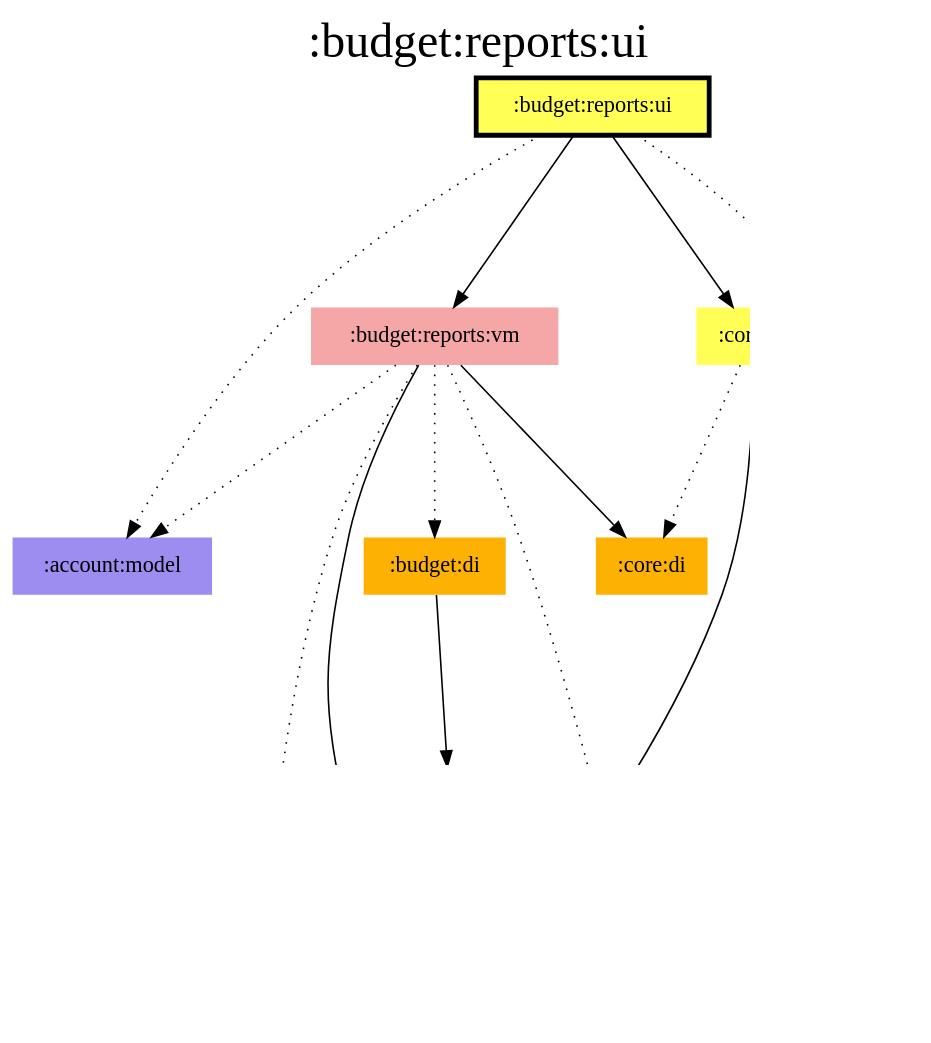
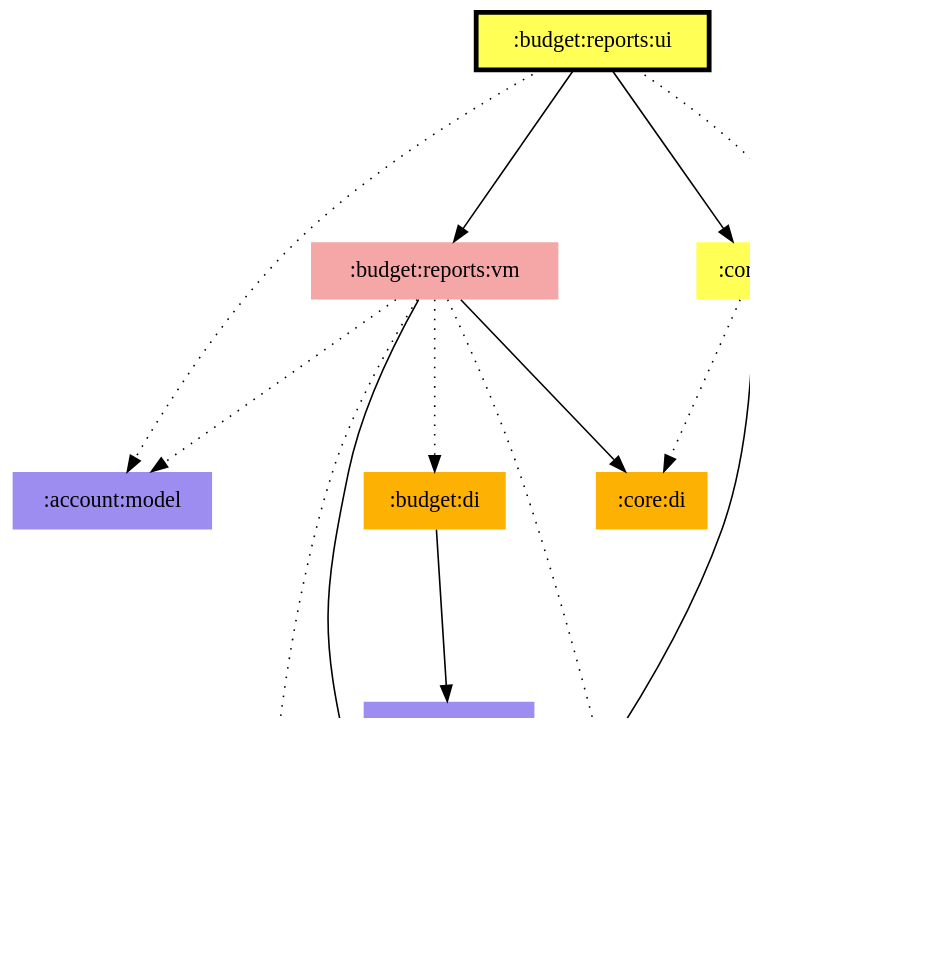
One commit to jonapoul/aktual changed the diagram in modules/budget/reports/ui/modules.dot. Above: the diagram before and after it, drawn with Graphviz. The commit also changed 87 other files, not shown here.

Commit message:
Remove graphviz

```diff
--- a/modules/budget/reports/ui/modules.dot
+++ b/modules/budget/reports/ui/modules.dot
@@ -1,39 +1,34 @@
 digraph {
 edge ["dir"="forward"]
-graph ["dpi"="100","label"=":budget:reports:ui","labelloc"="t","fontsize"="30","ranksep"="1.5","rankdir"="TB"]
+graph ["dpi"="100","fontsize"="30","ranksep"="1.5","rankdir"="TB"]
 node ["style"="filled"]
 ":account:model" ["fillcolor"="#9D8DF1","shape"="none"]
 ":budget:data" ["fillcolor"="#9D8DF1","shape"="none"]
 ":budget:di" ["fillcolor"="#FCB103","shape"="none"]
 ":budget:model" ["fillcolor"="#9D8DF1","shape"="none"]
 ":budget:reports:ui" ["fillcolor"="#FFFF55","color"="black","penwidth"="3","shape"="box"]
 ":budget:reports:vm" ["fillcolor"="#F5A6A6","shape"="none"]
 ":core:di" ["fillcolor"="#FCB103","shape"="none"]
 ":core:model" ["fillcolor"="#9D8DF1","shape"="none"]
 ":core:ui" ["fillcolor"="#FFFF55","shape"="none"]
 ":l10n" ["fillcolor"="#9D8DF1","shape"="none"]
 ":logging" ["fillcolor"="#9D8DF1","shape"="none"]
-{
-edge ["dir"="none"]
-graph ["rank"="same"]
-":budget:reports:ui"
-}
 ":budget:data" -> ":budget:model"
 ":budget:data" -> ":core:model"
 ":budget:data" -> ":logging" ["style"="dotted"]
 ":budget:di" -> ":budget:data"
 ":budget:reports:ui" -> ":account:model" ["style"="dotted"]
 ":budget:reports:ui" -> ":budget:reports:vm"
 ":budget:reports:ui" -> ":core:ui"
 ":budget:reports:ui" -> ":l10n" ["style"="dotted"]
 ":budget:reports:vm" -> ":account:model" ["style"="dotted"]
 ":budget:reports:vm" -> ":budget:di" ["style"="dotted"]
 ":budget:reports:vm" -> ":budget:model"
 ":budget:reports:vm" -> ":core:di"
 ":budget:reports:vm" -> ":core:model" ["style"="dotted"]
 ":budget:reports:vm" -> ":logging" ["style"="dotted"]
 ":core:ui" -> ":budget:model"
 ":core:ui" -> ":core:di" ["style"="dotted"]
 ":core:ui" -> ":core:model"
 ":core:ui" -> ":l10n" ["style"="dotted"]
 }
```
